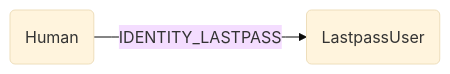
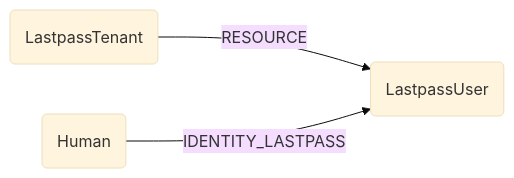
Before and after one commit to cartography-cncf/cartography: the diagram in docs/root/modules/lastpass/schema.md, drawn with Mermaid (base theme). The commit also changed other lines of this file and 2 other files, not shown here.

Commit message:
fix lastpass model

````diff
--- a/docs/root/modules/lastpass/schema.md
+++ b/docs/root/modules/lastpass/schema.md
@@ -3,4 +3,5 @@
 ```mermaid
 graph LR
-A(Human) -- IDENTITY_LASTPASS --> B(LastpassUser)
+T(LastpassTenant) -- RESOURCE --> U(LastpassUser)
+A(Human) -- IDENTITY_LASTPASS --> U
 ```
````
